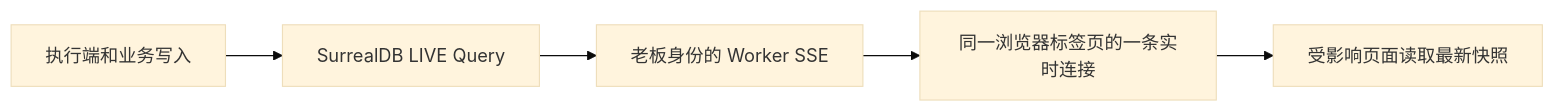
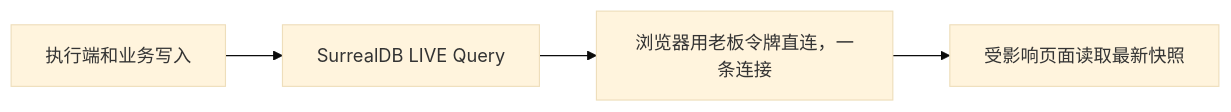
The diagram in docs/owner-workbench.md (MainListActivity/surreal-ck-operations), drawn with Mermaid (base theme) before and after one commit. The commit also changed other lines of this file and 23 other files, not shown here.

````diff
--- a/docs/owner-workbench.md
+++ b/docs/owner-workbench.md
@@ -35,7 +36,6 @@
 ```mermaid
 flowchart LR
   A[执行端和业务写入] --> B[SurrealDB LIVE Query]
-  B --> C[老板身份的 Worker SSE]
-  C --> D[同一浏览器标签页的一条实时连接]
-  D --> E[受影响页面读取最新快照]
+  B --> C[浏览器用老板令牌直连，一条连接]
+  C --> D[受影响页面读取最新快照]
 ```
````
